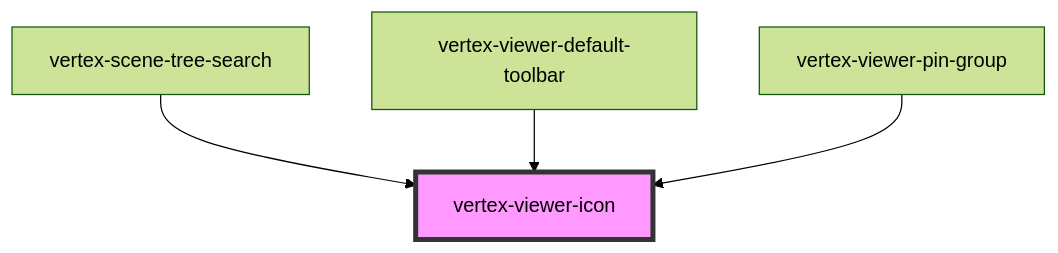
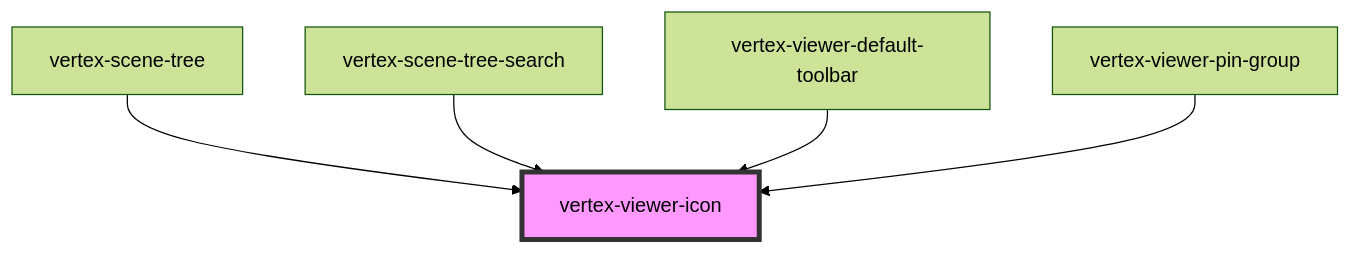
Before and after one commit to Vertexvis/vertex-web-sdk: the diagram in packages/viewer/src/components/viewer-icon/readme.md, drawn with Mermaid (forest theme). The commit also changed other lines of this file and 5 other files, not shown here.

````diff
--- a/packages/viewer/src/components/viewer-icon/readme.md
+++ b/packages/viewer/src/components/viewer-icon/readme.md
@@ -64,7 +65,8 @@
 ```mermaid
 graph TD;
+  vertex-scene-tree --> vertex-viewer-icon
   vertex-scene-tree-search --> vertex-viewer-icon
   vertex-viewer-default-toolbar --> vertex-viewer-icon
   vertex-viewer-pin-group --> vertex-viewer-icon
   style vertex-viewer-icon fill:#f9f,stroke:#333,stroke-width:4px
 ```
````
